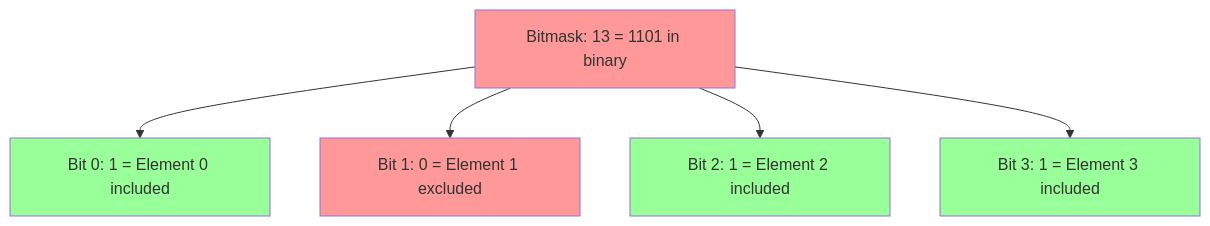
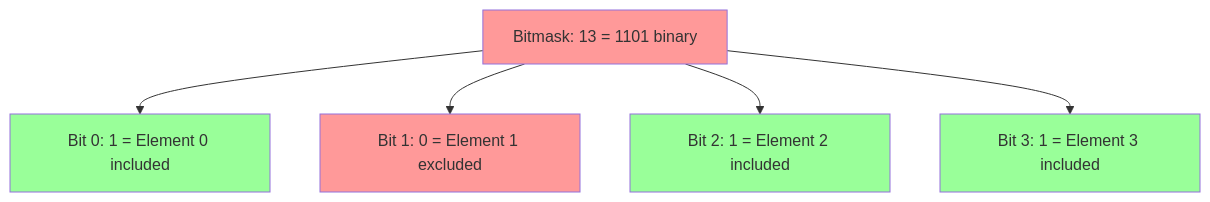
The first of 6 diagrams in _posts/2023-04-11-bitmask-dp-overview.markdown (proxyroot/proxyroot.github.io), drawn with Mermaid before and after one commit. The commit also changed other lines of this file, not shown here.

````diff
--- a/_posts/2023-04-11-bitmask-dp-overview.markdown
+++ b/_posts/2023-04-11-bitmask-dp-overview.markdown
@@ -26,19 +26,19 @@
 ```mermaid
 graph TD
-    Mask[Bitmask: 13 = 1101 in binary]
+    Mask[Bitmask: 13 = 1101 binary]
     Bit0[Bit 0: 1 = Element 0 included]
     Bit1[Bit 1: 0 = Element 1 excluded]
     Bit2[Bit 2: 1 = Element 2 included]
     Bit3[Bit 3: 1 = Element 3 included]
     
     Mask --> Bit0
     Mask --> Bit1
     Mask --> Bit2
     Mask --> Bit3
     
     style Mask fill:#ff9999
     style Bit0 fill:#99ff99
     style Bit2 fill:#99ff99
     style Bit3 fill:#99ff99
     style Bit1 fill:#ff9999
 ```
````
